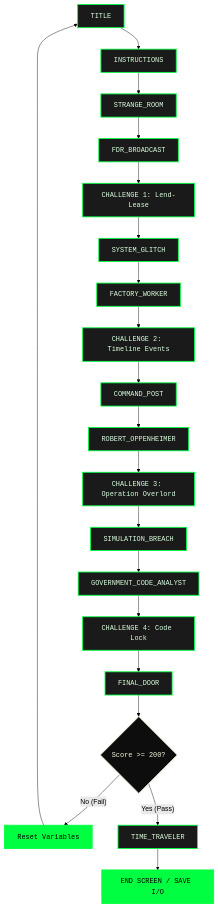
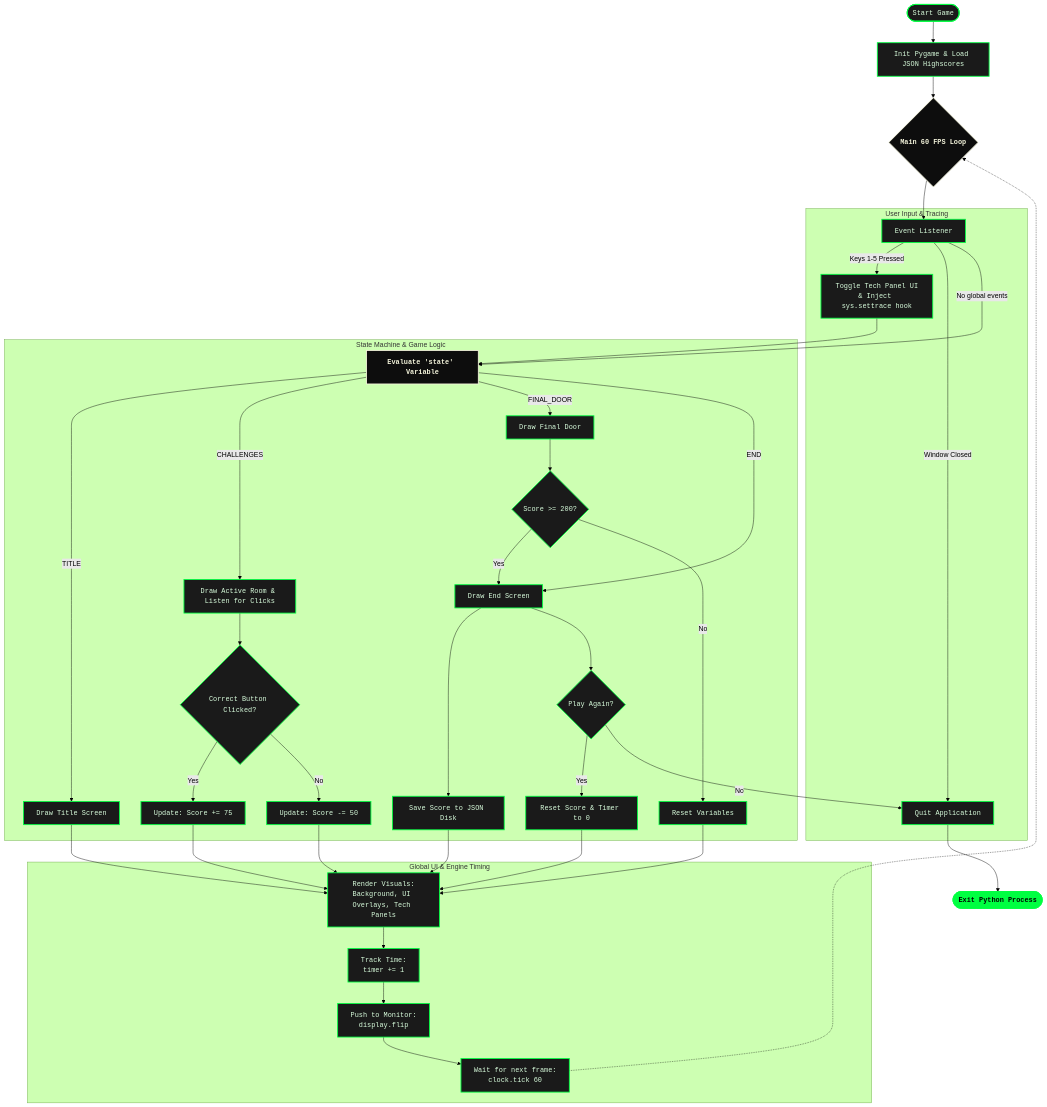
Before and after one commit to MrMoo-Hub/1940-Escape-Room-FBLA: the diagram in README.md, drawn with Mermaid (forest theme). The commit also changed other lines of this file, not shown here.

Commit message:
Enhance README with clearer game mechanics
Updated descriptions for game mechanics and flow.

````diff
--- a/README.md
+++ b/README.md
@@ -62,34 +62,56 @@
 ```mermaid
-graph TD;
+graph TD
     %% Styling
     classDef default fill:#1a1a1a,stroke:#00FF41,stroke-width:2px,color:#DAFFDE,font-family:monospace;
-    classDef highlight fill:#00FF41,stroke:#00FF41,stroke-width:2px,color:#000,font-family:monospace;
-    classDef decision fill:#0d0d0d,stroke:#F5F5DC,stroke-width:2px,color:#F5F5DC;
+    classDef highlight fill:#0d0d0d,stroke:#F5F5DC,stroke-width:2px,color:#F5F5DC,font-weight:bold;
+    classDef endpoint fill:#00FF41,stroke:#00FF41,stroke-width:2px,color:#000,font-weight:bold;
 
-    %% Nodes
-    TITLE[TITLE] --> INST[INSTRUCTIONS]
-    INST --> ROOM[STRANGE_ROOM]
-    ROOM --> FDR[FDR_BROADCAST]
-    
-    FDR --> C1[CHALLENGE 1: Lend-Lease]
-    C1 --> GLITCH[SYSTEM_GLITCH]
-    GLITCH --> FACTORY[FACTORY_WORKER]
-    
-    FACTORY --> C2[CHALLENGE 2: Timeline Events]
-    C2 --> POST[COMMAND_POST]
-    POST --> OPPENHEIMER[ROBERT_OPPENHEIMER]
-    
-    OPPENHEIMER --> C3[CHALLENGE 3: Operation Overlord]
-    C3 --> BREACH[SIMULATION_BREACH]
-    BREACH --> ANALYST[GOVERNMENT_CODE_ANALYST]
-    
-    ANALYST --> C4[CHALLENGE 4: Code Lock]
-    C4 --> DOOR[FINAL_DOOR]
-    
-    %% Logic Branch
-    DOOR --> DECISION{Score >= 200?}:::decision
-    DECISION -- No (Fail) --> RESTART[Reset Variables]:::highlight
-    RESTART --> TITLE
-    DECISION -- Yes (Pass) --> TIME[TIME_TRAVELER]
-    TIME --> END[END SCREEN / SAVE I/O]:::highlight
+    START([Start Game]) --> INIT[Init Pygame & Load JSON Highscores]
+    INIT --> LOOP{Main 60 FPS Loop}:::highlight
+
+    LOOP --> EVENTS[Event Listener]
+
+    subgraph User Input & Tracing
+        EVENTS -->|Keys 1-5 Pressed| TRACE[Toggle Tech Panel UI<br>& Inject sys.settrace hook]
+        EVENTS -->|Window Closed| QUIT[Quit Application]
+    end
+
+    TRACE --> STATE_MACHINE
+    EVENTS -- No global events --> STATE_MACHINE[Evaluate 'state' Variable]:::highlight
+
+    subgraph State Machine & Game Logic
+        STATE_MACHINE -->|TITLE| TITLE_SCENE[Draw Title Screen]
+        STATE_MACHINE -->|CHALLENGES| CHAL_SCENE[Draw Active Room & Listen for Clicks]
+        
+        CHAL_SCENE --> CHECK_ANS{Correct Button Clicked?}
+        CHECK_ANS -- Yes --> ADD_SCORE[Update: Score += 75]
+        CHECK_ANS -- No --> SUB_SCORE[Update: Score -= 50]
+
+        STATE_MACHINE -->|FINAL_DOOR| DOOR_SCENE[Draw Final Door]
+        DOOR_SCENE --> SCORE_CHECK{Score >= 200?}
+        SCORE_CHECK -- Yes --> END_SCENE
+        SCORE_CHECK -- No --> RESTART_SCENE[Reset Variables]
+
+        STATE_MACHINE -->|END| END_SCENE[Draw End Screen]
+        END_SCENE --> SAVE_IO[Save Score to JSON Disk]
+        END_SCENE --> PLAY_AGAIN{Play Again?}
+        PLAY_AGAIN -- Yes --> RESET[Reset Score & Timer to 0]
+        PLAY_AGAIN -- No --> QUIT
+    end
+
+    ADD_SCORE --> RENDER
+    SUB_SCORE --> RENDER
+    TITLE_SCENE --> RENDER
+    RESET --> RENDER
+    RESTART_SCENE --> RENDER
+    SAVE_IO --> RENDER
+
+    subgraph Global UI & Engine Timing
+        RENDER[Render Visuals:<br>Background, UI Overlays, Tech Panels] --> TIMER[Track Time:<br>timer += 1]
+        TIMER --> FLIP[Push to Monitor:<br>display.flip]
+        FLIP --> CLOCK[Wait for next frame:<br>clock.tick 60]
+    end
+
+    CLOCK -.-> LOOP
+    QUIT --> EXIT([Exit Python Process]):::endpoint
 ```
````
